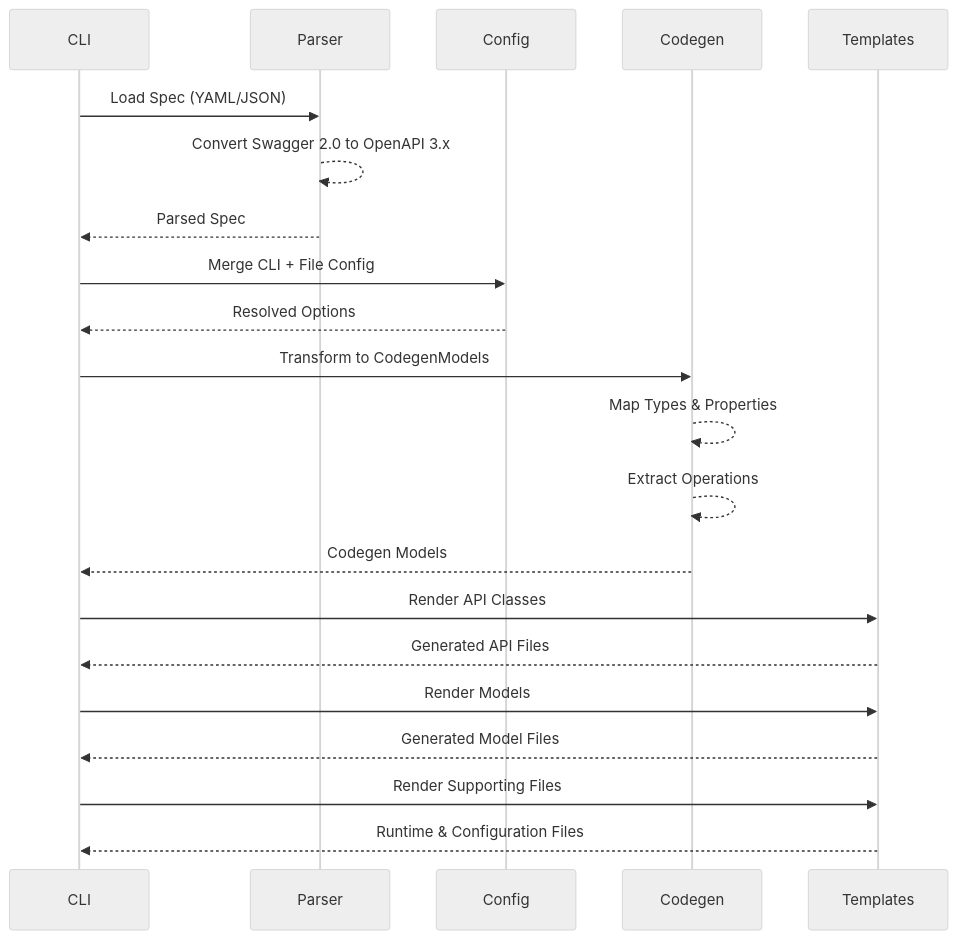
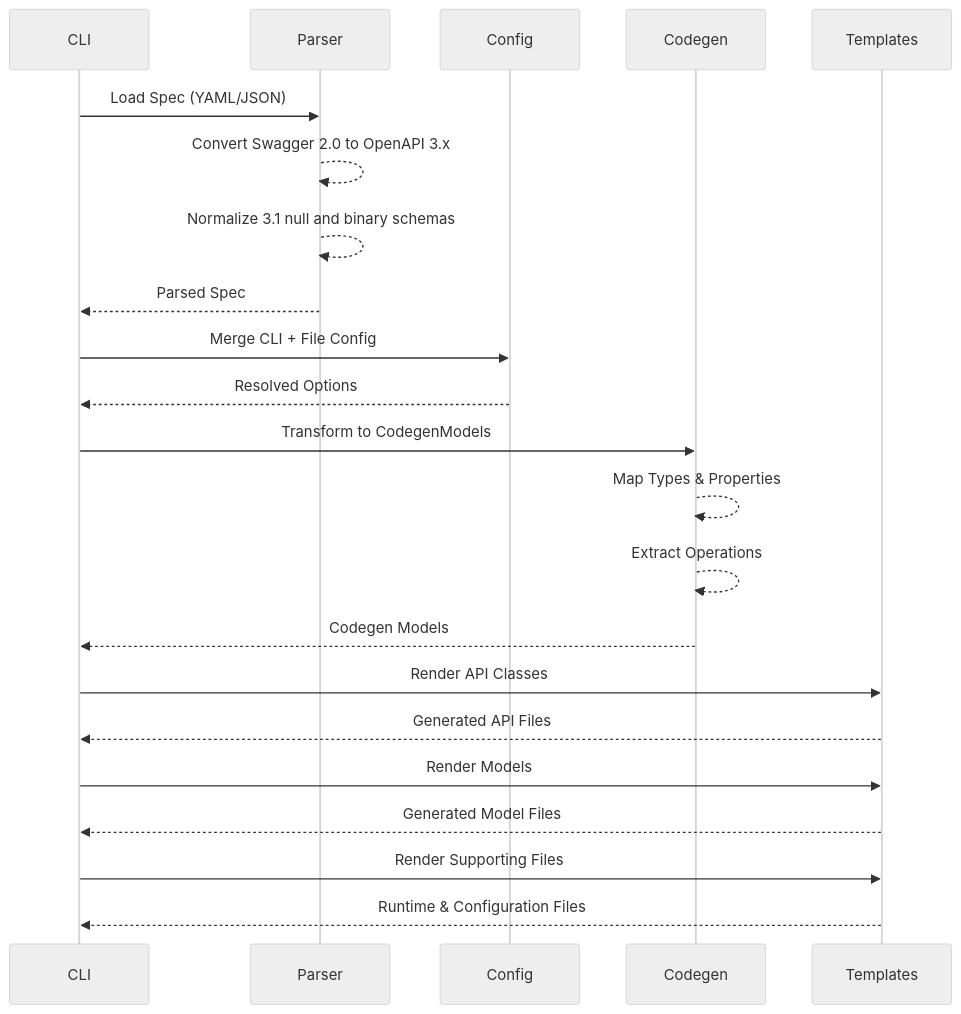
The diagram in README.md (xseman/openapi-generator), drawn with Mermaid before and after one commit. The commit also changed other lines of this file and 97 other files, not shown here.

````diff
--- a/README.md
+++ b/README.md
@@ -155,30 +160,31 @@
 ```mermaid
 %%{init: {'theme': 'neutral' } }%%
 sequenceDiagram
     participant CLI
     participant Parser
     participant Config
     participant Codegen
     participant Templates
 
     CLI->>Parser: Load Spec (YAML/JSON)
     Parser-->>Parser: Convert Swagger 2.0 to OpenAPI 3.x
+    Parser-->>Parser: Normalize 3.1 null and binary schemas
     Parser-->>CLI: Parsed Spec
 
     CLI->>Config: Merge CLI + File Config
     Config-->>CLI: Resolved Options
 
     CLI->>Codegen: Transform to CodegenModels
     Codegen-->>Codegen: Map Types & Properties
     Codegen-->>Codegen: Extract Operations
     Codegen-->>CLI: Codegen Models
 
     CLI->>Templates: Render API Classes
     Templates-->>CLI: Generated API Files
 
     CLI->>Templates: Render Models
     Templates-->>CLI: Generated Model Files
 
     CLI->>Templates: Render Supporting Files
     Templates-->>CLI: Runtime & Configuration Files
 ```
````
